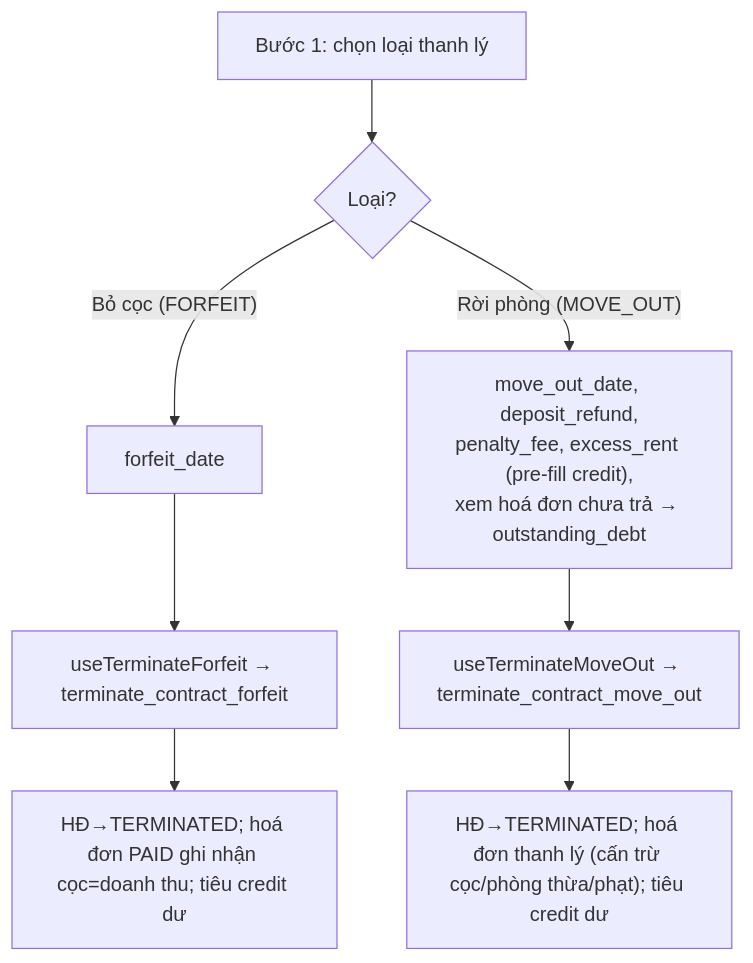
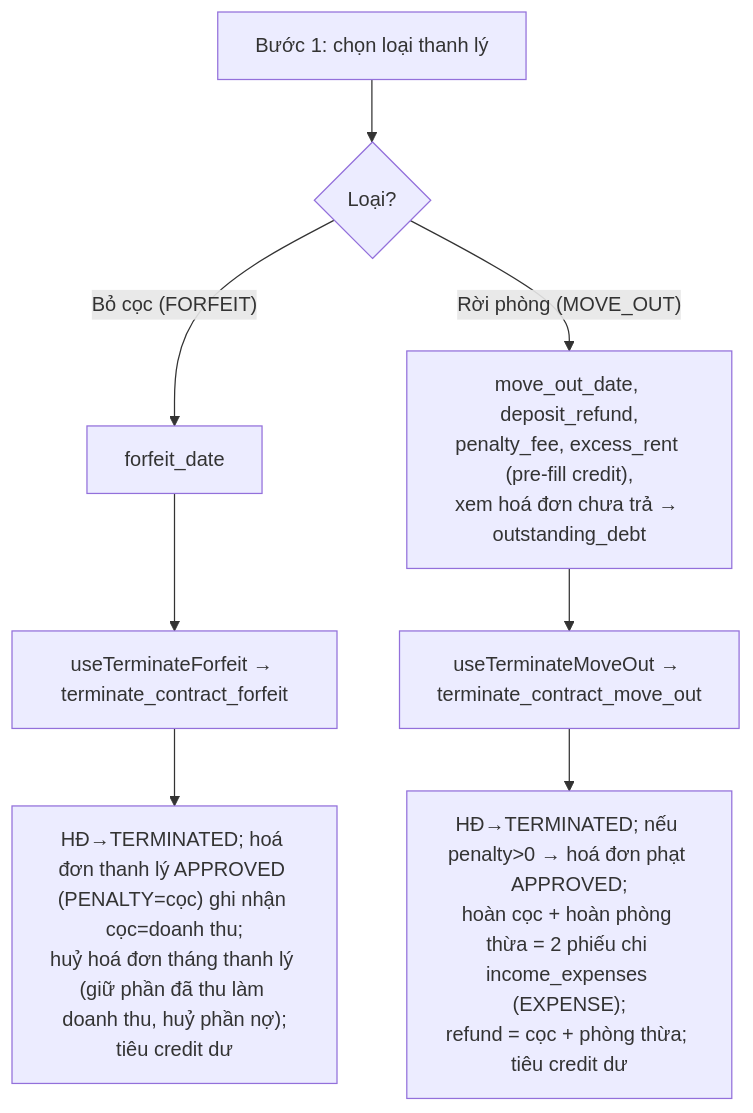
The fourth of 4 diagrams in docs/he-thong/05-hop-dong.md (zxGreenxz/whiteboard-ihomecrm), drawn with Mermaid before and after one commit. The commit also changed other lines of this file and 10 other files, not shown here.

````diff
--- a/docs/he-thong/05-hop-dong.md
+++ b/docs/he-thong/05-hop-dong.md
@@ -314,10 +314,10 @@
 ```mermaid
 flowchart TD
     S1["Bước 1: chọn loại thanh lý"] --> FF{"Loại?"}
     FF -- "Bỏ cọc (FORFEIT)" --> FO["forfeit_date"]
     FF -- "Rời phòng (MOVE_OUT)" --> MO["move_out_date, deposit_refund,<br/>penalty_fee, excess_rent (pre-fill credit),<br/>xem hoá đơn chưa trả → outstanding_debt"]
     FO --> FH["useTerminateForfeit → terminate_contract_forfeit"]
     MO --> MH["useTerminateMoveOut → terminate_contract_move_out"]
-    FH --> R1["HĐ→TERMINATED; hoá đơn PAID ghi nhận cọc=doanh thu; tiêu credit dư"]
-    MH --> R2["HĐ→TERMINATED; hoá đơn thanh lý (cấn trừ cọc/phòng thừa/phạt); tiêu credit dư"]
+    FH --> R1["HĐ→TERMINATED; hoá đơn thanh lý APPROVED (PENALTY=cọc) ghi nhận cọc=doanh thu;<br/>huỷ hoá đơn tháng thanh lý (giữ phần đã thu làm doanh thu, huỷ phần nợ);<br/>tiêu credit dư"]
+    MH --> R2["HĐ→TERMINATED; nếu penalty&gt;0 → hoá đơn phạt APPROVED;<br/>hoàn cọc + hoàn phòng thừa = 2 phiếu chi income_expenses (EXPENSE);<br/>refund = cọc + phòng thừa; tiêu credit dư"]
 ```
````
